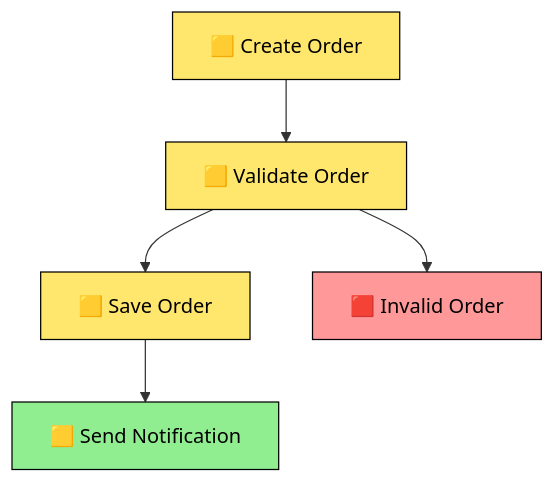
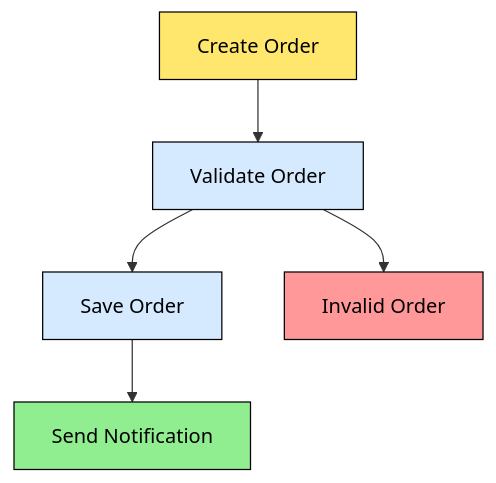
The second of 8 diagrams in 02-SOLID-Principles.md (azam123/Engineering-Interview-Prep), drawn with Mermaid before and after one commit. The commit also changed other lines of this file, not shown here.

Commit message:
Rewrite SOLID guide with definitions, simple explanations, examples, diagrams, and scenario-based answers

````diff
--- a/02-SOLID-Principles.md
+++ b/02-SOLID-Principles.md
@@ -76,12 +82,12 @@
 ```mermaid
 flowchart TD
-    A[🟨 Create Order] --> B[🟨 Validate Order]
-    B --> C[🟨 Save Order]
-    C --> D[🟨 Send Notification]
-    B --> E[🟥 Invalid Order]
+    A[Create Order] --> B[Validate Order]
+    B --> C[Save Order]
+    C --> D[Send Notification]
+    B --> E[Invalid Order]
     style A fill:#ffe66d,color:#000,stroke:#000
-    style B fill:#ffe66d,color:#000,stroke:#000
-    style C fill:#ffe66d,color:#000,stroke:#000
+    style B fill:#d6eaff,color:#000,stroke:#000
+    style C fill:#d6eaff,color:#000,stroke:#000
     style D fill:#90ee90,color:#000,stroke:#000
     style E fill:#ff9999,color:#000,stroke:#000
 ```
````
